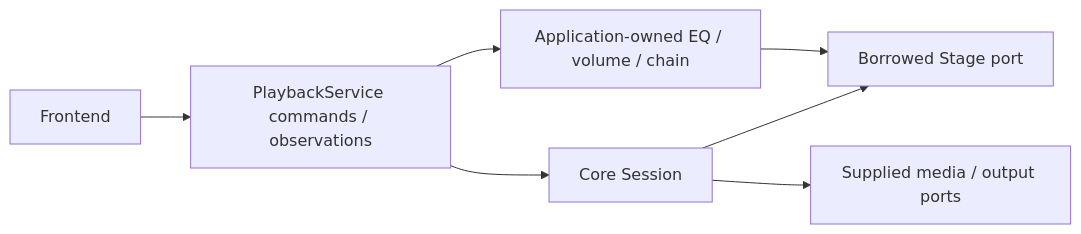
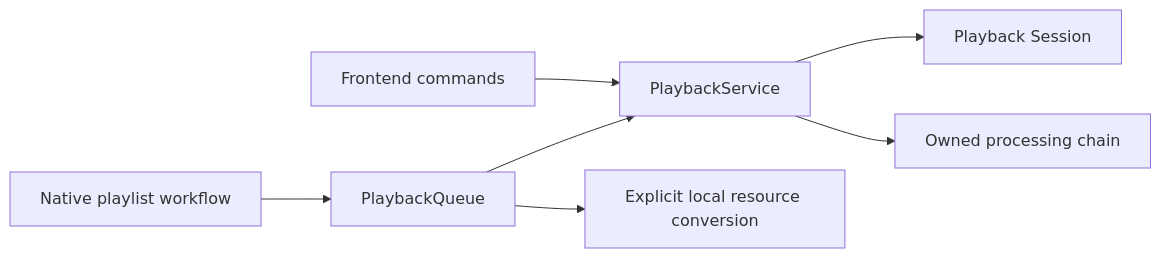
The diagram in src/app/playback/README.md (Vokerlee/wiola-player), drawn with Mermaid before and after one commit. The commit also changed other lines of this file and 115 other files, not shown here.

Commit message:
media: decouple playback resources from native paths

````diff
--- a/src/app/playback/README.md
+++ b/src/app/playback/README.md
@@ -5,9 +5,9 @@
 ```mermaid
 flowchart LR
-    Frontend --> Service[PlaybackService commands / observations]
-    Service --> Processing[Application-owned EQ / volume / chain]
-    Service --> Session[Core Session]
-    Session --> Stage[Borrowed Stage port]
-    Processing --> Stage
-    Session --> Drivers[Supplied media / output ports]
+    Frontend[Frontend commands] --> Service[PlaybackService]
+    Service --> Kernel[Playback Session]
+    Service --> Processing[Owned processing chain]
+    Native[Native playlist workflow] --> Queue[PlaybackQueue]
+    Queue --> Local[Explicit local resource conversion]
+    Queue --> Service
 ```
````
